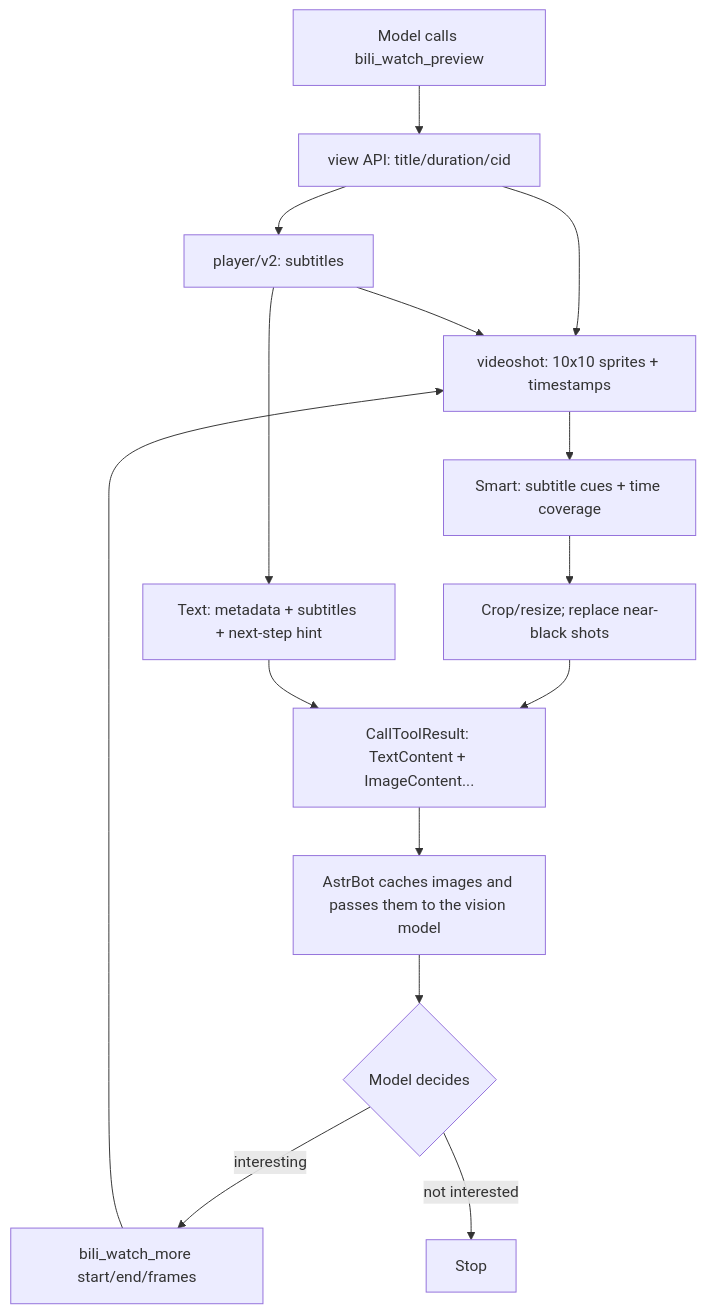
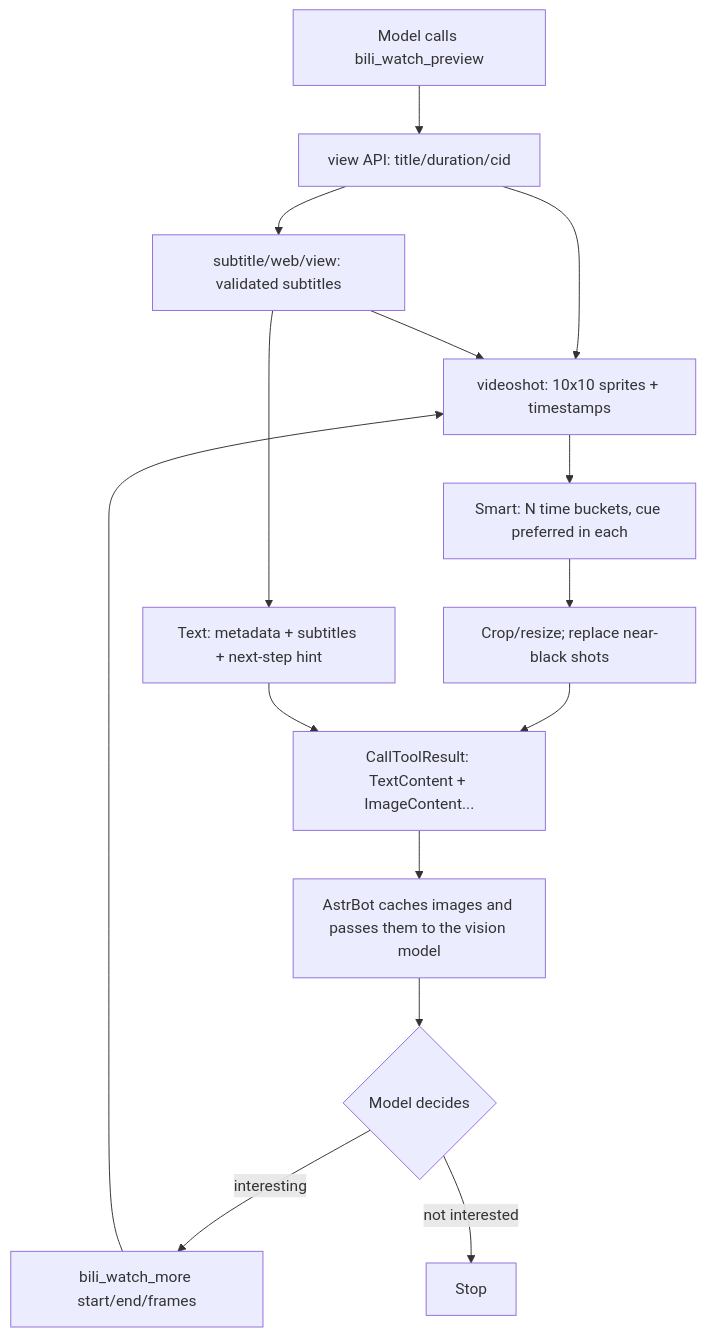
One commit to QKqiuku/astrbot_plugin_bili_watch changed the diagram in README_en.md. Above: the diagram before and after it, drawn with Mermaid. The commit also changed other lines of this file and 7 other files, not shown here.

````diff
--- a/README_en.md
+++ b/README_en.md
@@ -206,17 +209,17 @@
 ```mermaid
 flowchart TB
   A[Model calls bili_watch_preview] --> B[view API: title/duration/cid]
   B --> C[videoshot: 10x10 sprites + timestamps]
-  B --> D[player/v2: subtitles]
+  B --> D[subtitle/web/view: validated subtitles]
   D --> C
-  C --> E[Smart: subtitle cues + time coverage]
+  C --> E[Smart: N time buckets, cue preferred in each]
   E --> F[Crop/resize; replace near-black shots]
   D --> G[Text: metadata + subtitles + next-step hint]
   F --> H[CallToolResult: TextContent + ImageContent...]
   G --> H
   H --> I[AstrBot caches images and passes them to the vision model]
   I --> J{Model decides}
   J -->|interesting| K[bili_watch_more start/end/frames]
   J -->|not interested| L[Stop]
   K --> C
 ```
````
